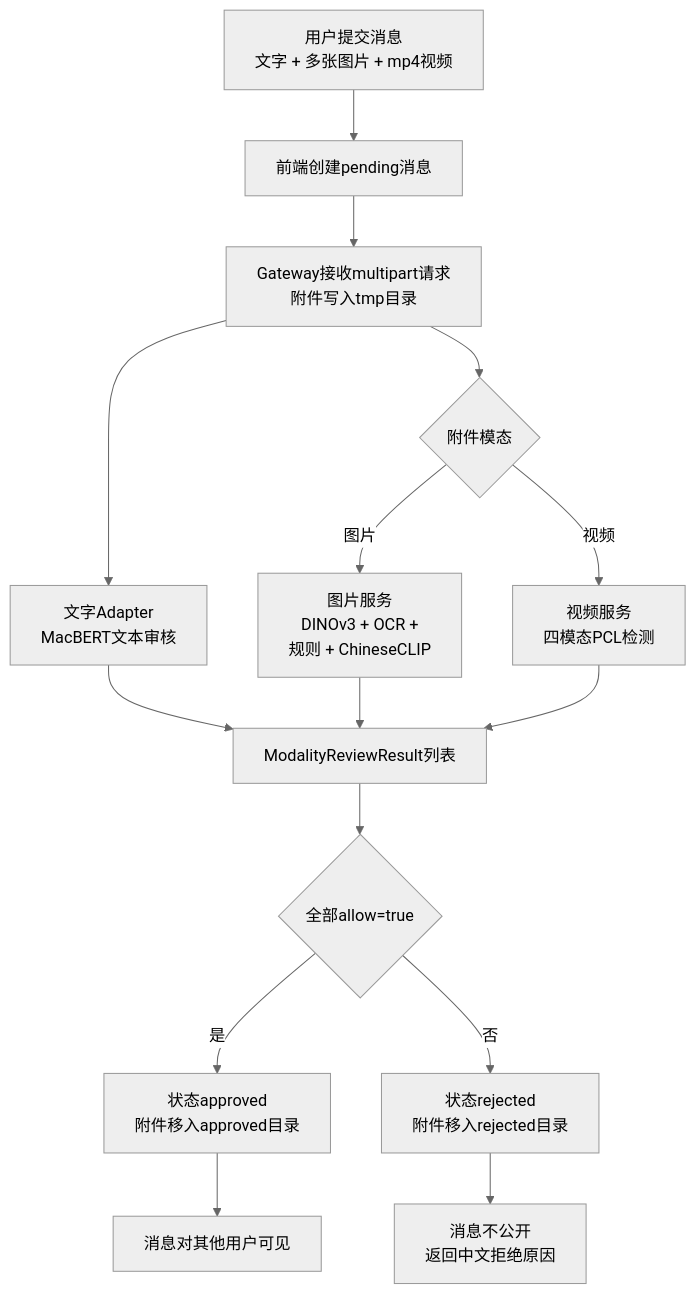
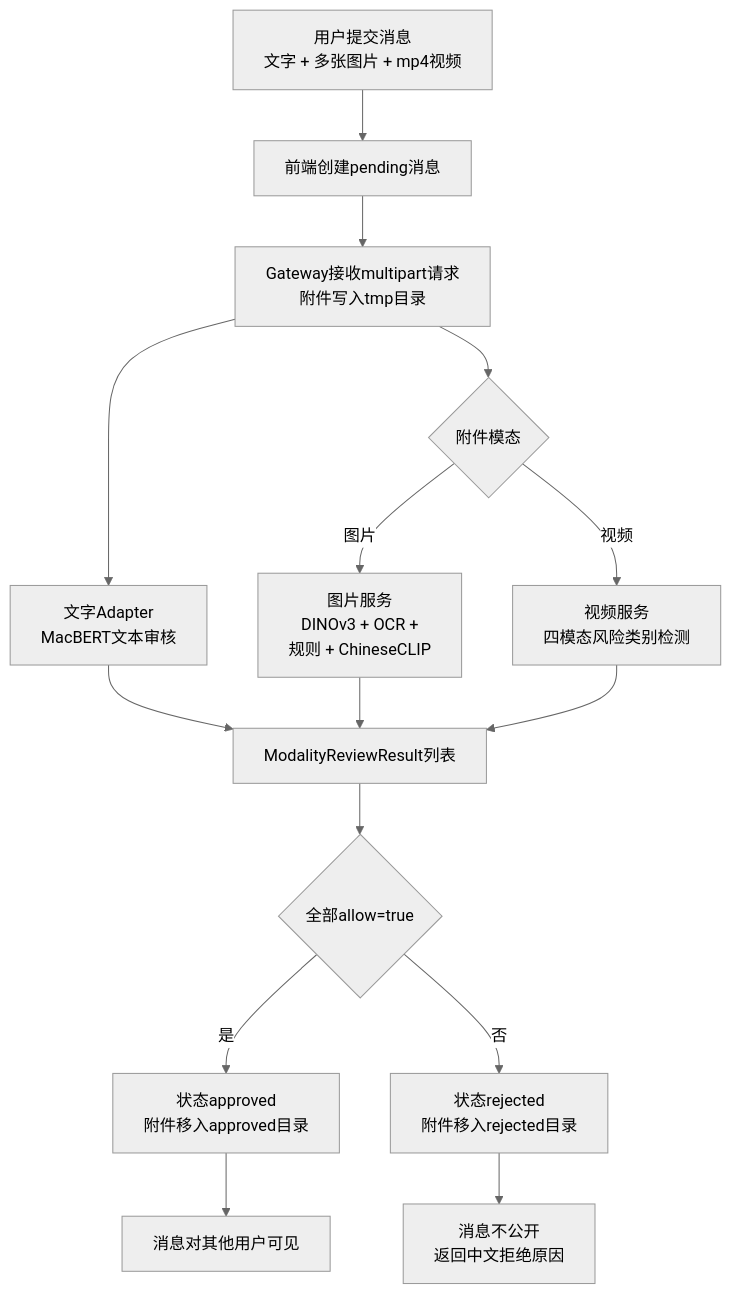
One commit to Wangych297/MM-ContentGuard changed diagram 15 of 15 in doc/project_report.md. Above: the diagram before and after it, drawn with Mermaid (neutral theme). The commit also changed other lines of this file and 13 other files, not shown here.

````diff
--- a/doc/project_report.md
+++ b/doc/project_report.md
@@ -2227,20 +2227,20 @@
 ```mermaid
 flowchart TB
     A["用户提交消息<br/>文字 + 多张图片 + mp4视频"] --> B["前端创建pending消息"]
     B --> C["Gateway接收multipart请求<br/>附件写入tmp目录"]
 
     C --> D["文字Adapter<br/>MacBERT文本审核"]
     C --> E{"附件模态"}
     E -->|"图片"| I["图片服务<br/>DINOv3 + OCR +<br/> 规则 + ChineseCLIP"]
-    E -->|"视频"| V["视频服务<br/>四模态PCL检测"]
+    E -->|"视频"| V["视频服务<br/>四模态风险类别检测"]
 
     D --> F["ModalityReviewResult列表"]
     I --> F
     V --> F
     F --> G{"全部allow=true"}
 
     G -->|"是"| H["状态approved<br/>附件移入approved目录"]
     H --> J["消息对其他用户可见"]
     G -->|"否"| R["状态rejected<br/>附件移入rejected目录"]
     R --> K["消息不公开<br/>返回中文拒绝原因"]
 ```
````
